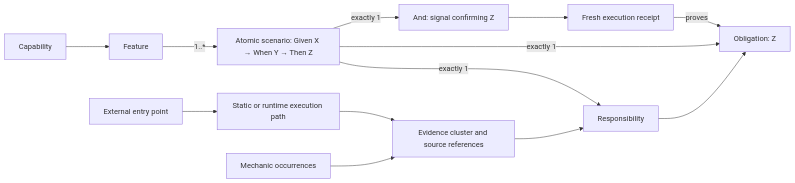
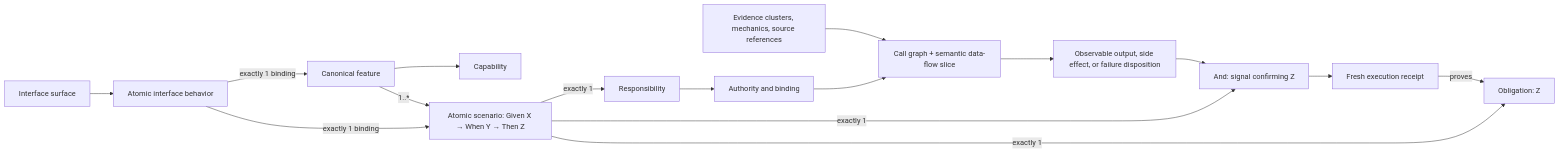
The diagram in docs/Feature and Capability Traceability Strategic Roadmap.md (BPMSoftwareSolutions/source-facts-semantic-search-engine), drawn with Mermaid before and after one commit. The commit also changed other lines of this file and 8 other files, not shown here.

````diff
--- a/docs/Feature and Capability Traceability Strategic Roadmap.md
+++ b/docs/Feature and Capability Traceability Strategic Roadmap.md
@@ -120,15 +198,18 @@
 ```mermaid
 flowchart LR
-  H["Capability"] --> G["Feature"]
-  G -->|"1..*"| F["Atomic scenario: Given X → When Y → Then Z"]
+  A["Interface surface"] --> U["Atomic interface behavior"]
+  U -->|"exactly 1 binding"| G["Canonical feature"]
+  G --> H["Capability"]
+  U -->|"exactly 1 binding"| F["Atomic scenario: Given X → When Y → Then Z"]
+  G -->|"1..*"| F
   F -->|"exactly 1"| D["Responsibility"]
   F -->|"exactly 1"| E["Obligation: Z"]
   F -->|"exactly 1"| I["And: signal confirming Z"]
-  A["External entry point"] --> B["Static or runtime execution path"]
-  B --> C["Evidence cluster and source references"]
-  C --> D
-  D --> E
+  D --> V["Authority and binding"]
+  V --> B["Call graph + semantic data-flow slice"]
+  K["Evidence clusters, mechanics, source references"] --> B
+  B --> O["Observable output, side effect, or failure disposition"]
+  O --> I
   I --> J["Fresh execution receipt"]
   J -->|"proves"| E
-  K["Mechanic occurrences"] --> C
 ```
````
